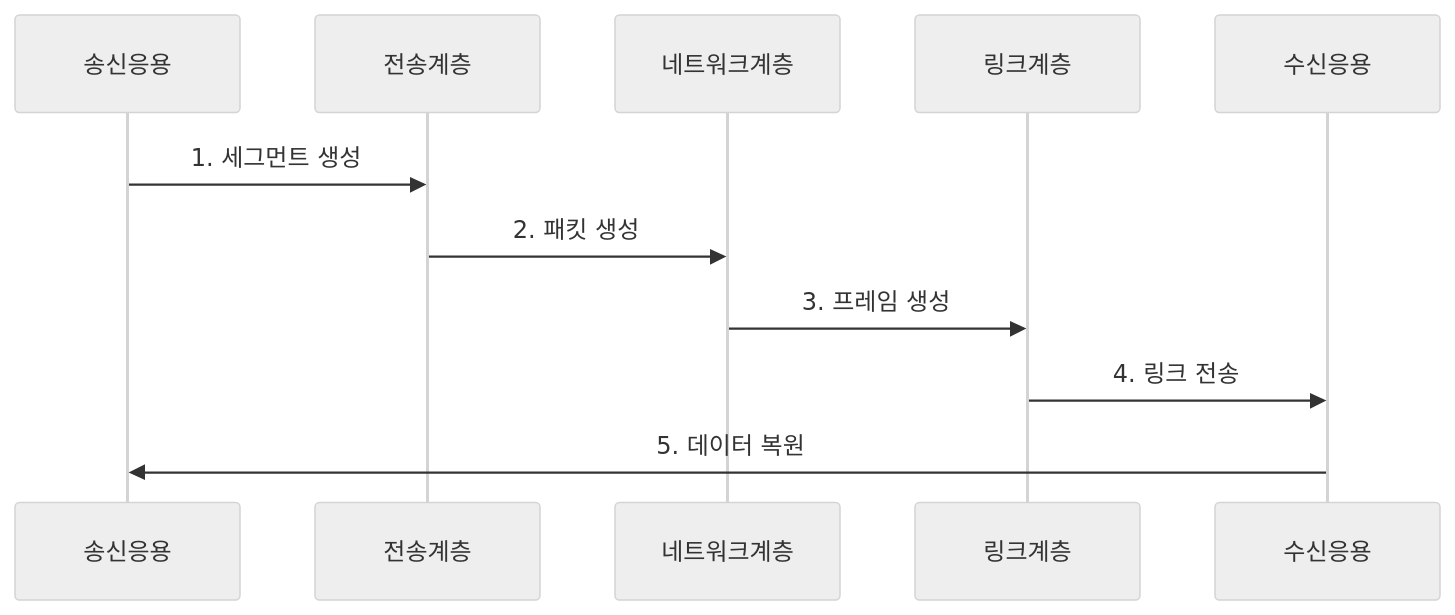
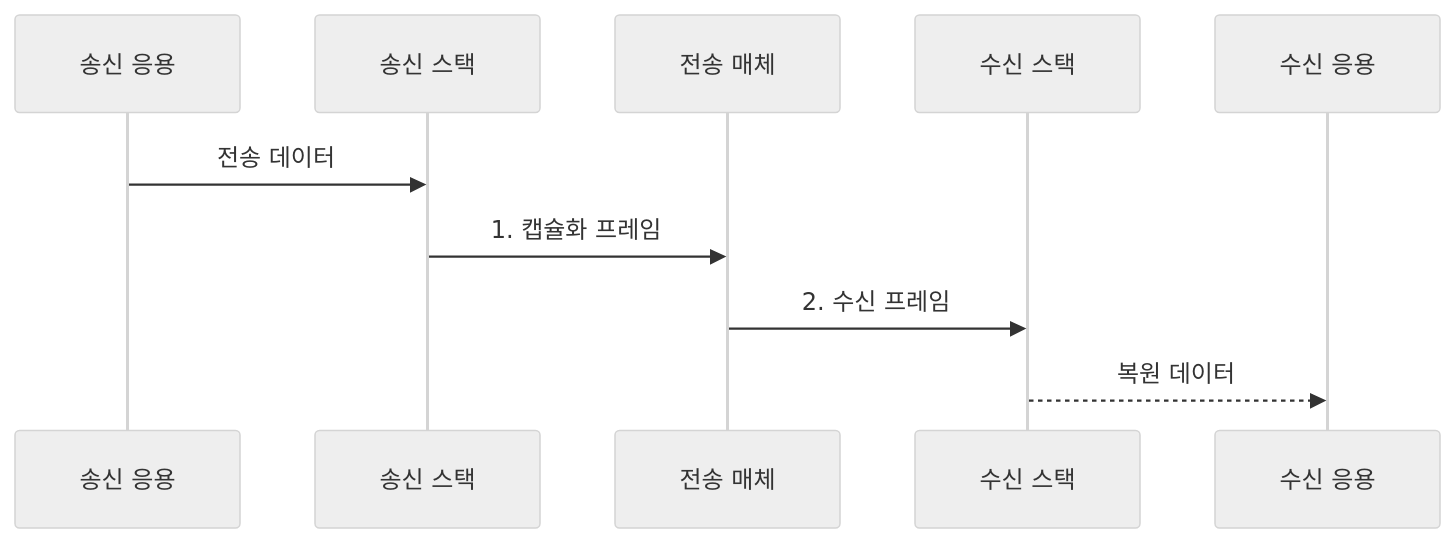
Before and after one commit to agnusdei1207/knowledge-base: the second of 2 diagrams in src/content/docs/notes/04-network/001_osi_7_layer_model.md, drawn with Mermaid (neutral theme). The commit also changed other lines of this file and 20 other files, not shown here.

````diff
--- a/src/content/docs/notes/04-network/001_osi_7_layer_model.md
+++ b/src/content/docs/notes/04-network/001_osi_7_layer_model.md
@@ -85,13 +85,12 @@
 ```mermaid
 sequenceDiagram
-    participant 송신응용
-    participant 전송계층
-    participant 네트워크계층
-    participant 링크계층
-    participant 수신응용
-    송신응용->>전송계층: 1. 세그먼트 생성
-    전송계층->>네트워크계층: 2. 패킷 생성
-    네트워크계층->>링크계층: 3. 프레임 생성
-    링크계층->>수신응용: 4. 링크 전송
-    수신응용->>송신응용: 5. 데이터 복원
+    participant SA as 송신 응용
+    participant SS as 송신 스택
+    participant M as 전송 매체
+    participant RS as 수신 스택
+    participant RA as 수신 응용
+    SA->>SS: 전송 데이터
+    SS->>M: 1. 캡슐화 프레임
+    M->>RS: 2. 수신 프레임
+    RS-->>RA: 복원 데이터
 ```
````
